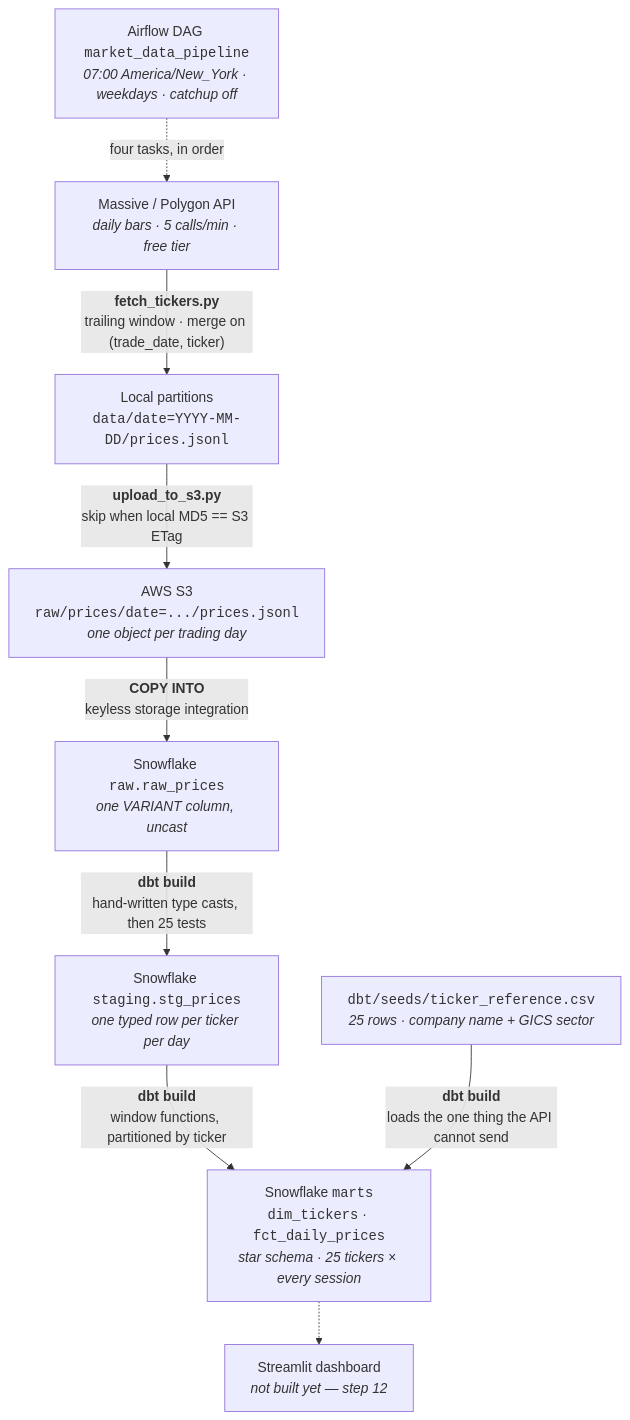
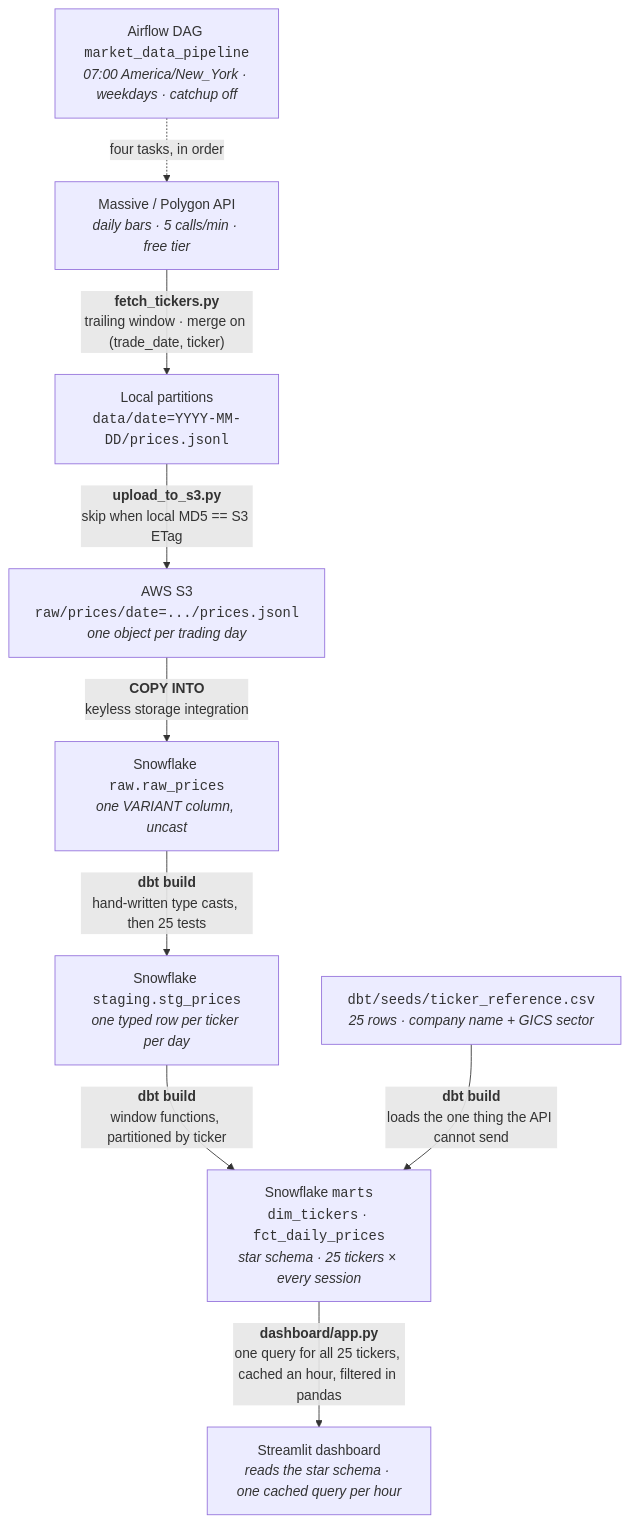
One commit to pratik-j-patel/market-data-pipeline changed the diagram in README.md. Above: the diagram before and after it, drawn with Mermaid. The commit also changed other lines of this file and 5 other files, not shown here.

Commit message:
Add the Streamlit dashboard reading the marts layer

````diff
--- a/README.md
+++ b/README.md
@@ -31,21 +31,21 @@
 ```mermaid
 flowchart TD
     AF["Airflow DAG <code>market_data_pipeline</code><br/><i>07:00 America/New_York · weekdays · catchup off</i>"]
     API["Massive / Polygon API<br/><i>daily bars · 5 calls/min · free tier</i>"]
     LOCAL["Local partitions<br/><code>data/date=YYYY-MM-DD/prices.jsonl</code>"]
     S3["AWS S3<br/><code>raw/prices/date=.../prices.jsonl</code><br/><i>one object per trading day</i>"]
     RAW["Snowflake <code>raw.raw_prices</code><br/><i>one VARIANT column, uncast</i>"]
     STG["Snowflake <code>staging.stg_prices</code><br/><i>one typed row per ticker per day</i>"]
     SEED["<code>dbt/seeds/ticker_reference.csv</code><br/><i>25 rows · company name + GICS sector</i>"]
     MARTS["Snowflake <code>marts</code><br/><code>dim_tickers</code> · <code>fct_daily_prices</code><br/><i>star schema · 25 tickers × every session</i>"]
-    DASH["Streamlit dashboard<br/><i>not built yet — step 12</i>"]
+    DASH["Streamlit dashboard<br/><i>reads the star schema · one cached query per hour</i>"]
 
     AF -.->|"four tasks, in order"| API
     API -->|"<b>fetch_tickers.py</b><br/>trailing window · merge on (trade_date, ticker)"| LOCAL
     LOCAL -->|"<b>upload_to_s3.py</b><br/>skip when local MD5 == S3 ETag"| S3
     S3 -->|"<b>COPY INTO</b><br/>keyless storage integration"| RAW
     RAW -->|"<b>dbt build</b><br/>hand-written type casts, then 25 tests"| STG
     STG -->|"<b>dbt build</b><br/>window functions, partitioned by ticker"| MARTS
     SEED -->|"<b>dbt build</b><br/>loads the one thing the API cannot send"| MARTS
-    MARTS -.-> DASH
+    MARTS -->|"<b>dashboard/app.py</b><br/>one query for all 25 tickers, cached an hour, filtered in pandas"| DASH
 ```
````
